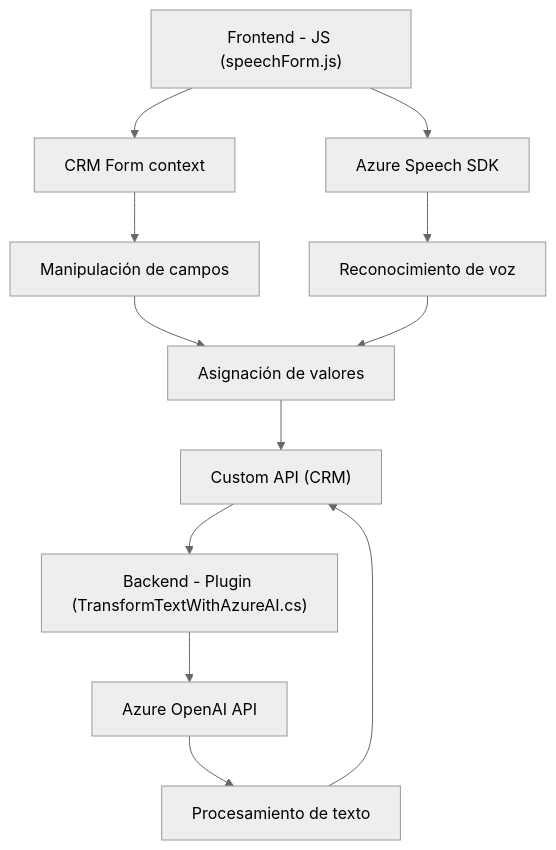
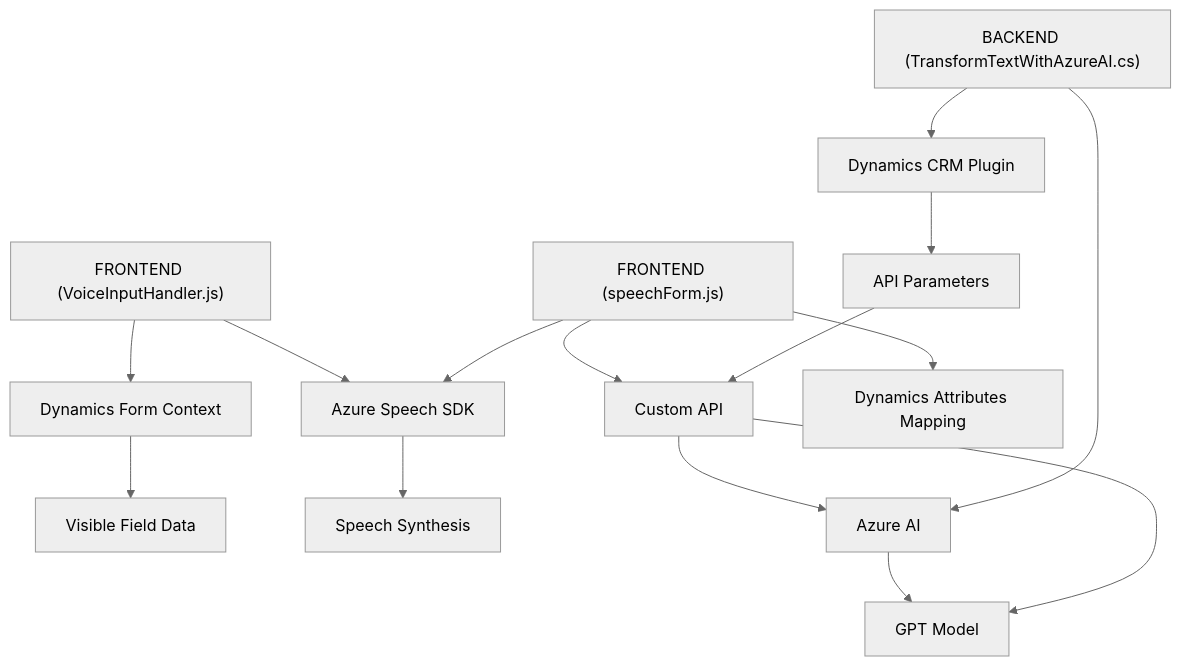
The diagram in README.md (blopezdm/NETCORE_BILBAO2025), drawn with Mermaid (neutral theme) before and after one commit. The commit also changed other lines of this file, not shown here.

````diff
--- a/README.md
+++ b/README.md
@@ -42,14 +50,20 @@
 ```mermaid
 graph TD
-  A["Frontend - JS (speechForm.js)"] --> B["Azure Speech SDK"]
-  A --> C["CRM Form context"]
-  B --> D["Reconocimiento de voz"]
-  C --> E["Manipulación de campos"]
-  E --> F["Asignación de valores"]
-  D --> F
-  F --> G["Custom API (CRM)"]
-  G --> H["Backend - Plugin (TransformTextWithAzureAI.cs)"]
-  H --> J["Azure OpenAI API"]
-  J --> K["Procesamiento de texto"]
-  K --> G
+    A["FRONTEND (VoiceInputHandler.js)"] --> B["Azure Speech SDK"]
+    A --> C["Dynamics Form Context"]
+    C --> D["Visible Field Data"]
+    B --> E["Speech Synthesis"]
+
+    F["FRONTEND (speechForm.js)"] --> B
+    F --> G["Custom API"]
+    F --> H["Dynamics Attributes Mapping"]
+    G --> I["Azure AI"]
+
+    J["BACKEND (TransformTextWithAzureAI.cs)"] --> K["Dynamics CRM Plugin"]
+    J --> I
+    K --> L["API Parameters"]
+    L --> G
+
+    I --> M["GPT Model"]
+    G --> M
 ```
````
